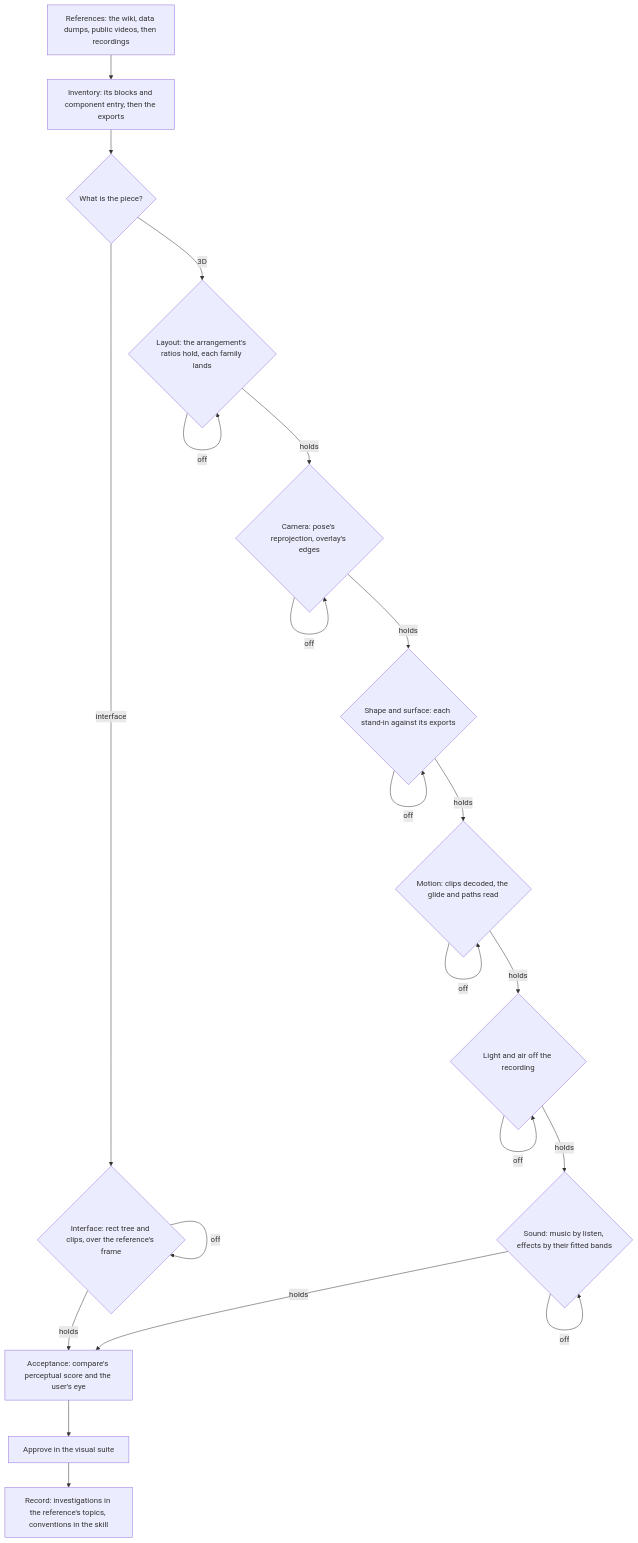
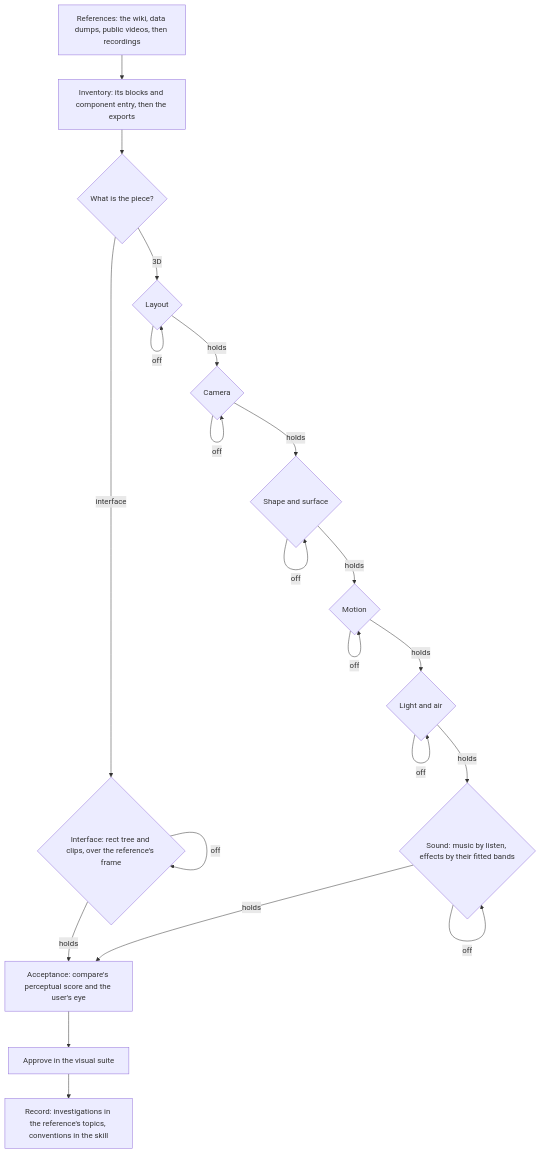
One commit to Esposter/Esposter changed the diagram in openspec/specs/genshin/parity/passes/design.md. Above: the diagram before and after it, drawn with Mermaid. The commit also changed 11 other files, not shown here.

````diff
--- a/openspec/specs/genshin/parity/passes/design.md
+++ b/openspec/specs/genshin/parity/passes/design.md
@@ -5,23 +5,23 @@
 ```mermaid
 flowchart TD
   P["References: the wiki, data dumps, public videos, then recordings"] --> I["Inventory: its blocks and component entry, then the exports"]
   I --> K{What is the piece?}
   K -->|"interface"| UI{"Interface: rect tree and clips, over the reference's frame"}
   UI -->|off| UI
-  K -->|"3D"| L{"Layout: the arrangement's ratios hold, each family lands"}
+  K -->|"3D"| L{"Layout"}
   L -->|off| L
-  L -->|holds| C{"Camera: pose's reprojection, overlay's edges"}
+  L -->|holds| C{"Camera"}
   C -->|off| C
-  C -->|holds| S{"Shape and surface: each stand-in against its exports"}
+  C -->|holds| S{"Shape and surface"}
   S -->|off| S
-  S -->|holds| M{"Motion: clips decoded, the glide and paths read"}
+  S -->|holds| M{"Motion"}
   M -->|off| M
-  M -->|holds| G{"Light and air off the recording"}
+  M -->|holds| G{"Light and air"}
   G -->|off| G
   G -->|holds| N{"Sound: music by listen, effects by their fitted bands"}
   N -->|off| N
   N -->|holds| A["Acceptance: compare's perceptual score and the user's eye"]
   UI -->|holds| A
   A --> V["Approve in the visual suite"]
   V --> R["Record: investigations in the reference's topics, conventions in the skill"]
 ```
````
